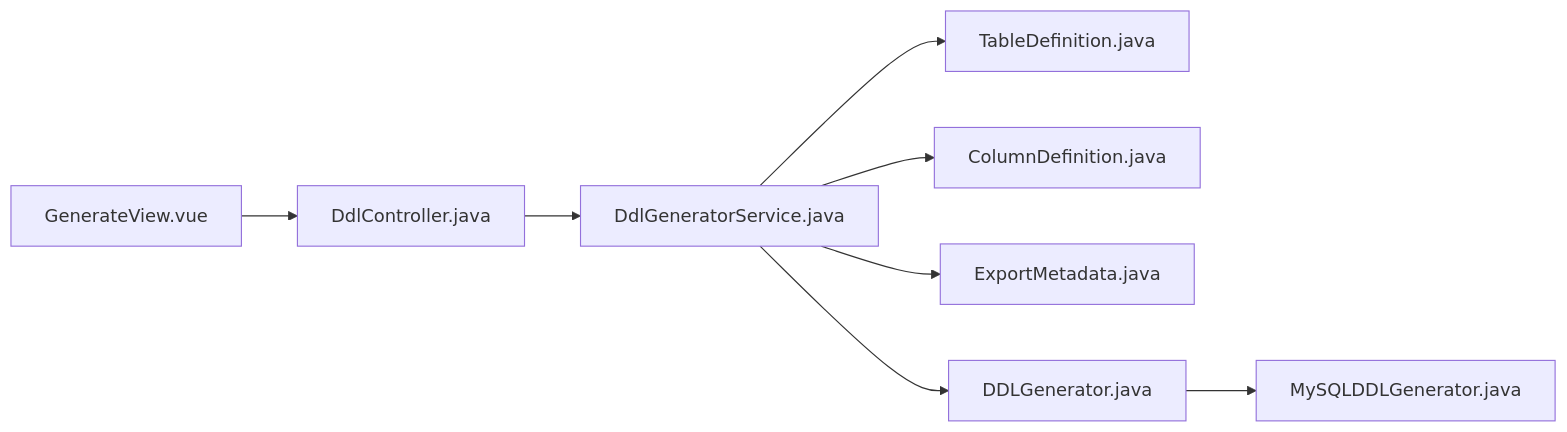
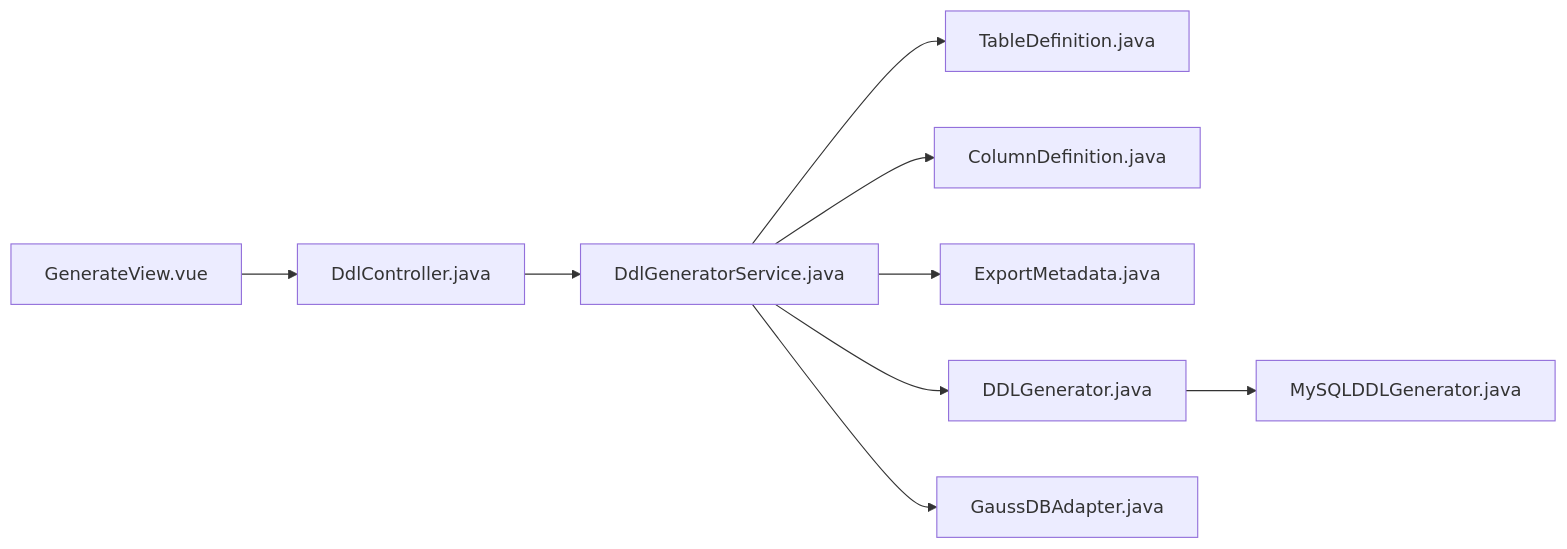
Before and after one commit to SamLing-Why/SchemaSync: the sixth of 6 diagrams in .qoder/repowiki/zh/content/前端架构/页面组件详解/GenerateView DDL生成页面.md, drawn with Mermaid. The commit also changed other lines of this file and 32 other files, not shown here.

````diff
--- a/.qoder/repowiki/zh/content/前端架构/页面组件详解/GenerateView DDL生成页面.md
+++ b/.qoder/repowiki/zh/content/前端架构/页面组件详解/GenerateView DDL生成页面.md
@@ -346,10 +382,11 @@
 ```mermaid
 graph LR
 FE["GenerateView.vue"] --> CTRL["DdlController.java"]
 CTRL --> SVC["DdlGeneratorService.java"]
 SVC --> MODEL_T["TableDefinition.java"]
 SVC --> MODEL_C["ColumnDefinition.java"]
 SVC --> MODEL_M["ExportMetadata.java"]
 SVC --> IFACE["DDLGenerator.java"]
 IFACE --> IMPL["MySQLDDLGenerator.java"]
+SVC --> ADAPTER["GaussDBAdapter.java"]
 ```
````
